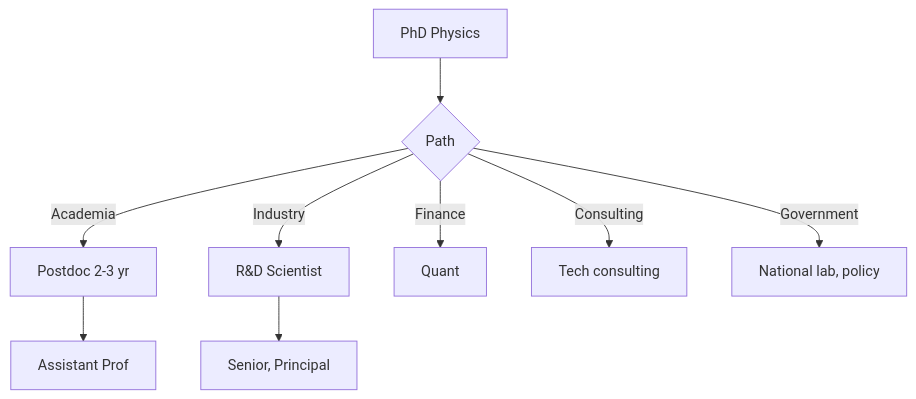
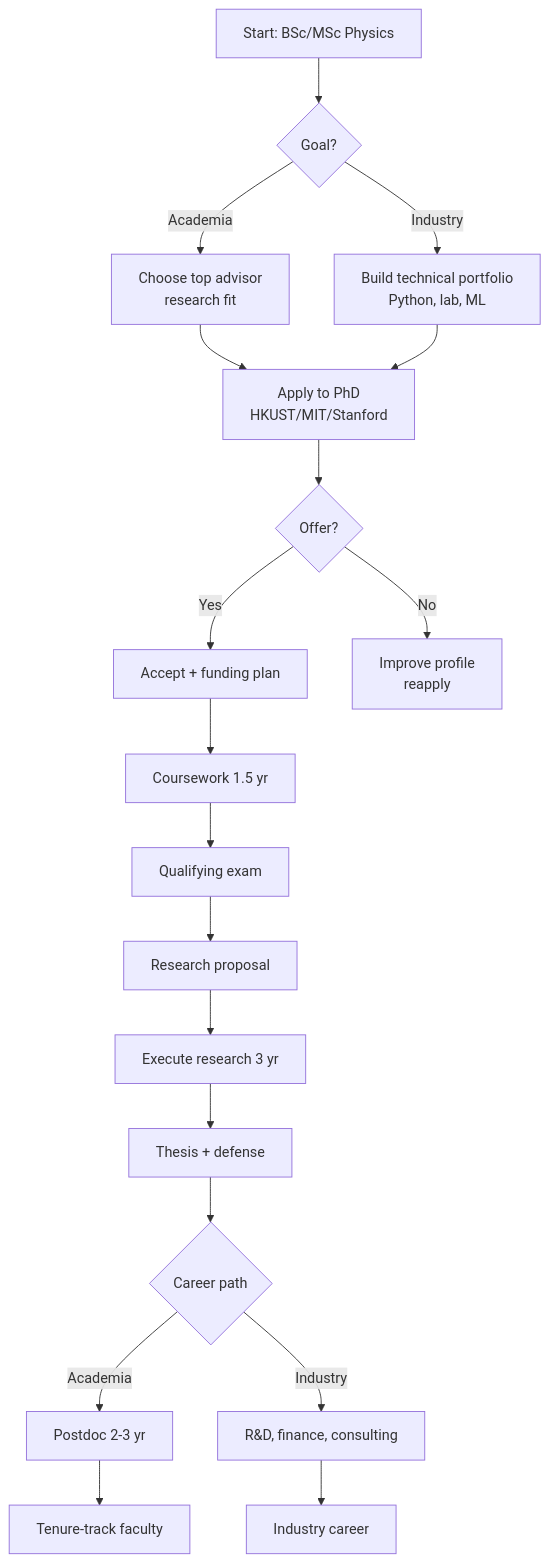
Before and after one commit to yip-lgtm/PhysicsSelfStudy: the first of 5 diagrams in 04_MPhil_PhD_Prep/Physics_PhD/README.md, drawn with Mermaid. The commit also changed other lines of this file and 8 other files, not shown here.

````diff
--- a/04_MPhil_PhD_Prep/Physics_PhD/README.md
+++ b/04_MPhil_PhD_Prep/Physics_PhD/README.md
@@ -189,11 +257,21 @@
 ```mermaid
-graph TD
-    A[PhD Physics] --> B{Path}
-    B -->|Academia| C[Postdoc 2-3 yr]
-    C --> D[Assistant Prof]
-    B -->|Industry| E[R&D Scientist]
-    E --> F[Senior, Principal]
-    B -->|Finance| G[Quant]
-    B -->|Consulting| H[Tech consulting]
-    B -->|Government| I[National lab, policy]
+flowchart TD
+    A[Start: BSc/MSc Physics] --> B{Goal?}
+    B -->|Academia| C[Choose top advisor<br/>research fit]
+    B -->|Industry| D[Build technical portfolio<br/>Python, lab, ML]
+    C --> E[Apply to PhD<br/>HKUST/MIT/Stanford]
+    D --> E
+    E --> F{Offer?}
+    F -->|Yes| G[Accept + funding plan]
+    F -->|No| H[Improve profile<br/>reapply]
+    G --> I[Coursework 1.5 yr]
+    I --> J[Qualifying exam]
+    J --> K[Research proposal]
+    K --> L[Execute research 3 yr]
+    L --> M[Thesis + defense]
+    M --> N{Career path}
+    N -->|Academia| O[Postdoc 2-3 yr]
+    N -->|Industry| P[R&D, finance, consulting]
+    O --> Q[Tenure-track faculty]
+    P --> R[Industry career]
 ```
````
